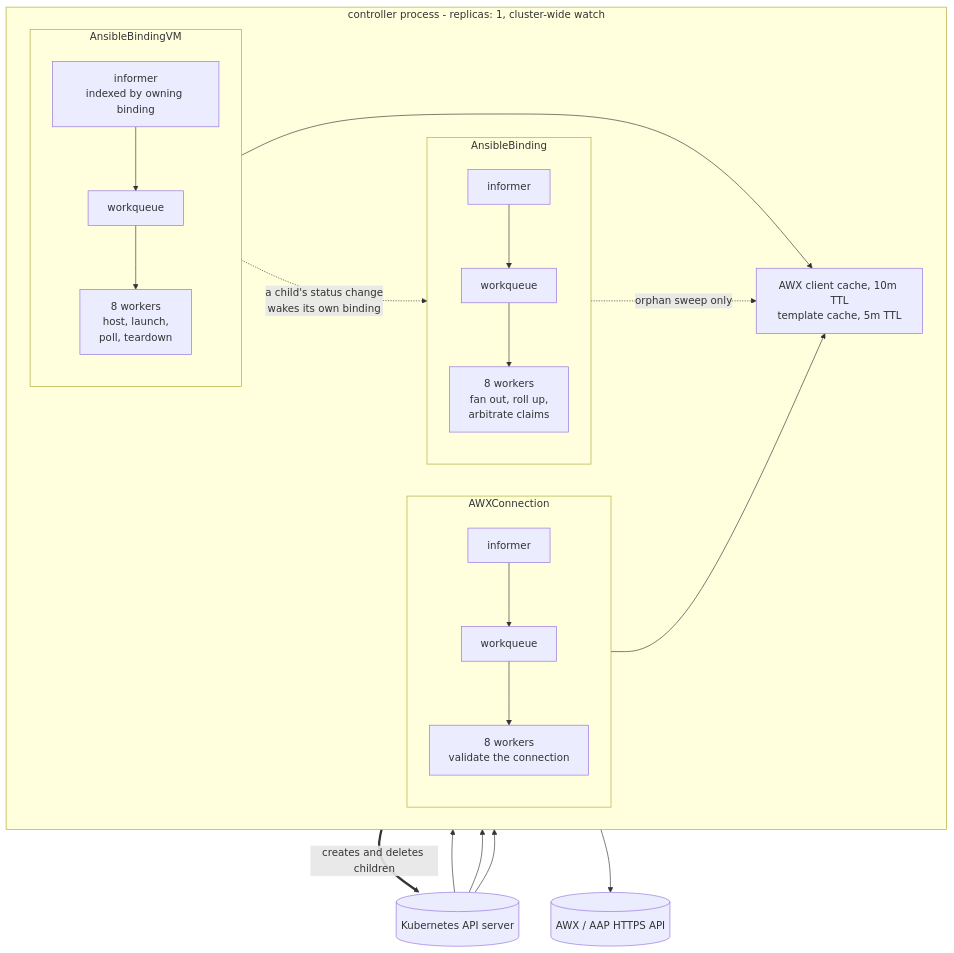
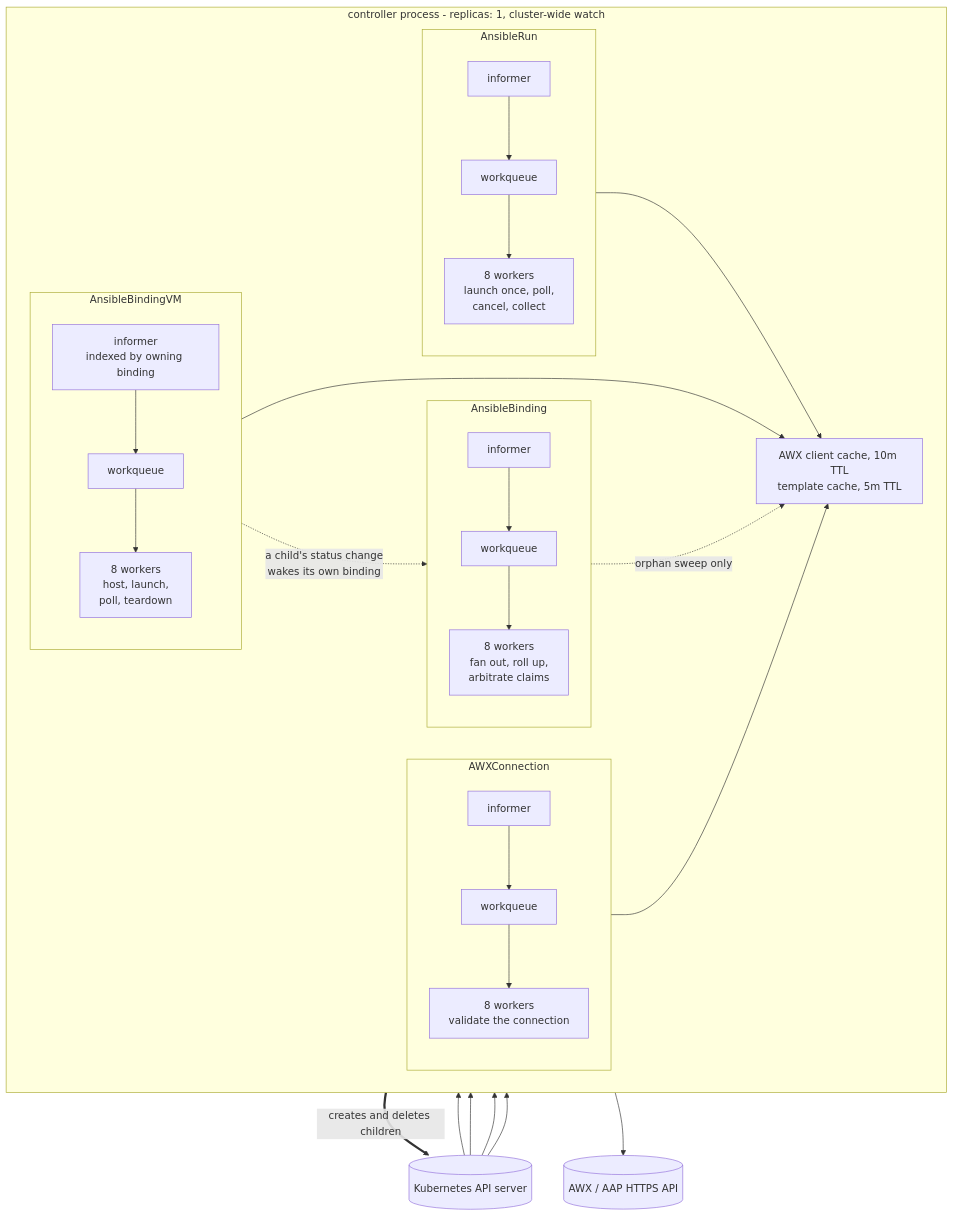
One commit to warroyo/ansible-supervisor-service changed the third of 3 diagrams in ARCHITECTURE.md. Above: the diagram before and after it, drawn with Mermaid. The commit also changed other lines of this file and 37 other files, not shown here.

````diff
--- a/ARCHITECTURE.md
+++ b/ARCHITECTURE.md
@@ -117,33 +127,39 @@
 ```mermaid
 flowchart TB
   api[("Kubernetes API server")]
 
   subgraph proc["controller process - replicas: 1, cluster-wide watch"]
     direction LR
     subgraph lane1["AWXConnection"]
       direction TB
       i1["informer"] --> q1["workqueue"] --> w1["8 workers<br/>validate the connection"]
     end
     subgraph lane2["AnsibleBinding"]
       direction TB
       i2["informer"] --> q2["workqueue"] --> w2["8 workers<br/>fan out, roll up,<br/>arbitrate claims"]
     end
     subgraph lane3["AnsibleBindingVM"]
       direction TB
       i3["informer<br/>indexed by owning binding"] --> q3["workqueue"] --> w3["8 workers<br/>host, launch,<br/>poll, teardown"]
     end
+    subgraph lane4["AnsibleRun"]
+      direction TB
+      i4["informer"] --> q4["workqueue"] --> w4["8 workers<br/>launch once, poll,<br/>cancel, collect"]
+    end
     cache["AWX client cache, 10m TTL<br/>template cache, 5m TTL"]
   end
 
   awxapi[("AWX / AAP HTTPS API")]
 
   api --> i1
   api --> i2
   api --> i3
+  api --> i4
   i3 -.->|"a child's status change<br/>wakes its own binding"| q2
   w2 ==>|"creates and deletes children"| api
   w1 --> cache
   w3 --> cache
+  w4 --> cache
   w2 -.->|"orphan sweep only"| cache
   cache --> awxapi
 ```
````
